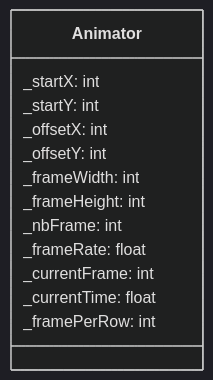
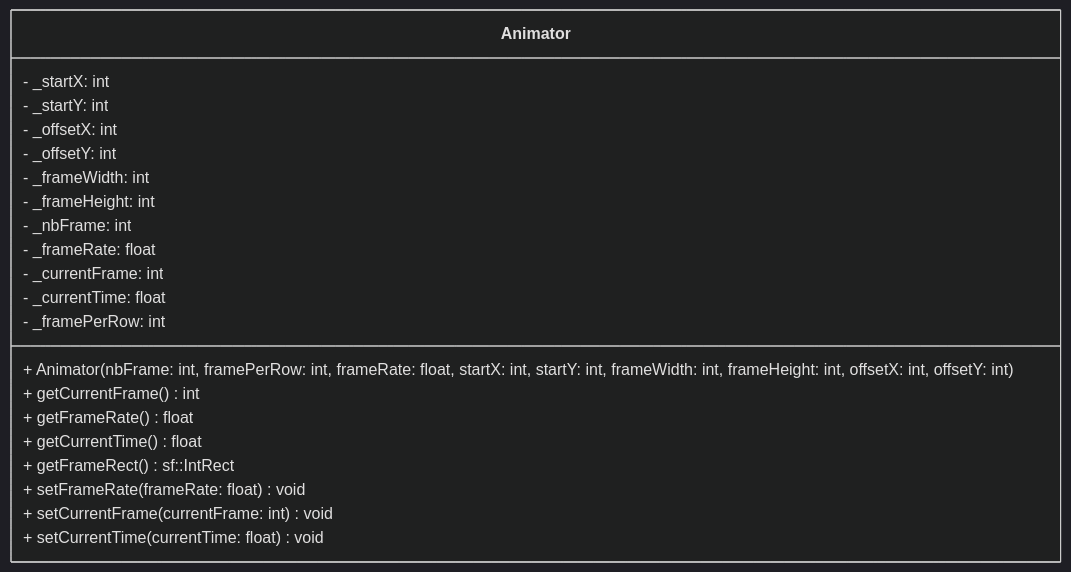
The diagram in docs/ECS/component/Animator.md (MYAMBO/R-Type), drawn with Mermaid (dark theme) before and after one commit. The commit also changed other lines of this file, not shown here.

Commit message:
fix(docs): fix animator component documentation

````diff
--- a/docs/ECS/component/Animator.md
+++ b/docs/ECS/component/Animator.md
@@ -32,16 +39,24 @@
 ```mermaid
 classDiagram
   class Animator {
-    _startX: int
-    _startY: int
-    _offsetX: int
-    _offsetY: int
-    _frameWidth: int
-    _frameHeight: int
-    _nbFrame: int
-    _frameRate: float
-    _currentFrame: int
-    _currentTime: float
-    _framePerRow: int
-  }
+    - _startX: int
+    - _startY: int
+    - _offsetX: int
+    - _offsetY: int
+    - _frameWidth: int
+    - _frameHeight: int
+    - _nbFrame: int
+    - _frameRate: float
+    - _currentFrame: int
+    - _currentTime: float
+    - _framePerRow: int
+    + Animator(nbFrame: int, framePerRow: int, frameRate: float, startX: int, startY: int, frameWidth: int, frameHeight: int, offsetX: int, offsetY: int)
+    + getCurrentFrame() int
+    + getFrameRate() float
+    + getCurrentTime() float
+    + getFrameRect() sf::IntRect
+    + setFrameRate(frameRate: float) void
+    + setCurrentFrame(currentFrame: int) void
+    + setCurrentTime(currentTime: float) void
+}
 ```
````
